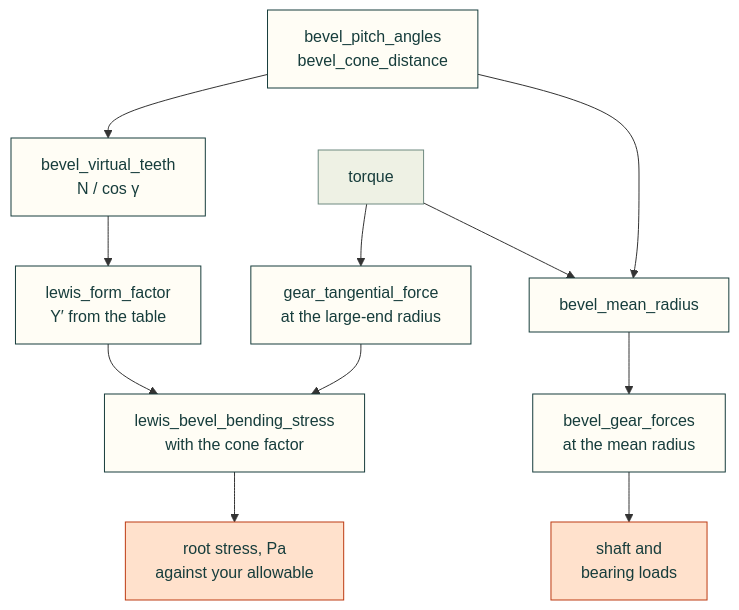
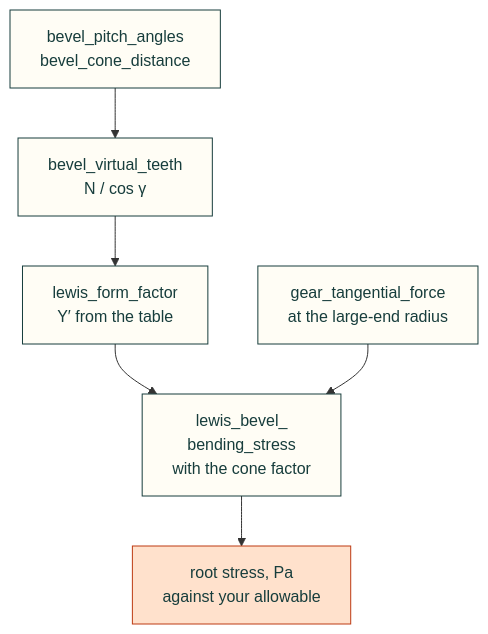
Before and after one commit to Valpatel/cad-agent: the second of 4 diagrams in docs/formulas.md, drawn with Mermaid. The commit also changed other lines of this file, not shown here.

Commit message:
docs(formulas): gears: two diagrams that fit the column, and no long stretch without one (#721)
The bevel diagram was 735 px wide in a 641 px column, and 1400 px of the page after it
had nothing to look at (the limit is 1200 px). The diagram now shows the root-stress
chain alone (487 px); a second one, beside the three lengths, shows the one torque
giving the large-end force for the Lewis equation and the mean-radius force for the
shaft, with the example's figures. The stress box no longer cuts its label off.

````diff
--- a/docs/formulas.md
+++ b/docs/formulas.md
@@ -244,19 +244,12 @@
 ```mermaid
 flowchart TD
     A["bevel_pitch_angles<br/>bevel_cone_distance"] --> V["bevel_virtual_teeth<br/>N / cos γ"]
     V --> Y["lewis_form_factor<br/>Y′ from the table"]
-    A --> M["bevel_mean_radius"]
-    T["torque"] --> FL["gear_tangential_force<br/>at the large-end radius"]
-    T --> M
-    M --> FM["bevel_gear_forces<br/>at the mean radius"]
-    Y --> S["lewis_bevel_bending_stress<br/>with the cone factor"]
-    FL --> S
+    Y --> S["lewis_bevel_<br/>bending_stress<br/>with the cone factor"]
+    FL["gear_tangential_force<br/>at the large-end radius"] --> S
     S --> R["root stress, Pa<br/>against your allowable"]
-    FM --> B["shaft and<br/>bearing loads"]
     classDef here fill:#fffdf5,stroke:#173d3c,color:#173d3c
-    classDef near fill:#eef1e4,stroke:#6f8a80,color:#173d3c
     classDef out fill:#ffe1cc,stroke:#bd3a12,color:#173d3c
-    class A,V,Y,M,FL,FM,S here
-    class T near
-    class R,B out
+    class A,V,Y,FL,S here
+    class R out
 ```
````
